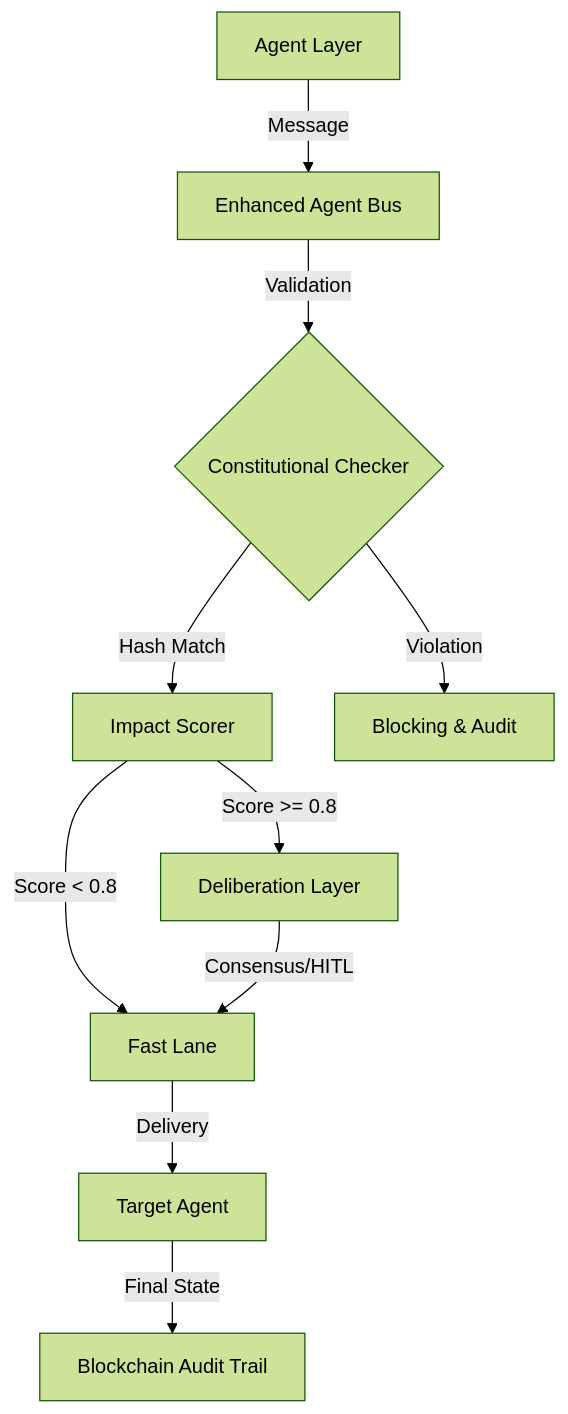
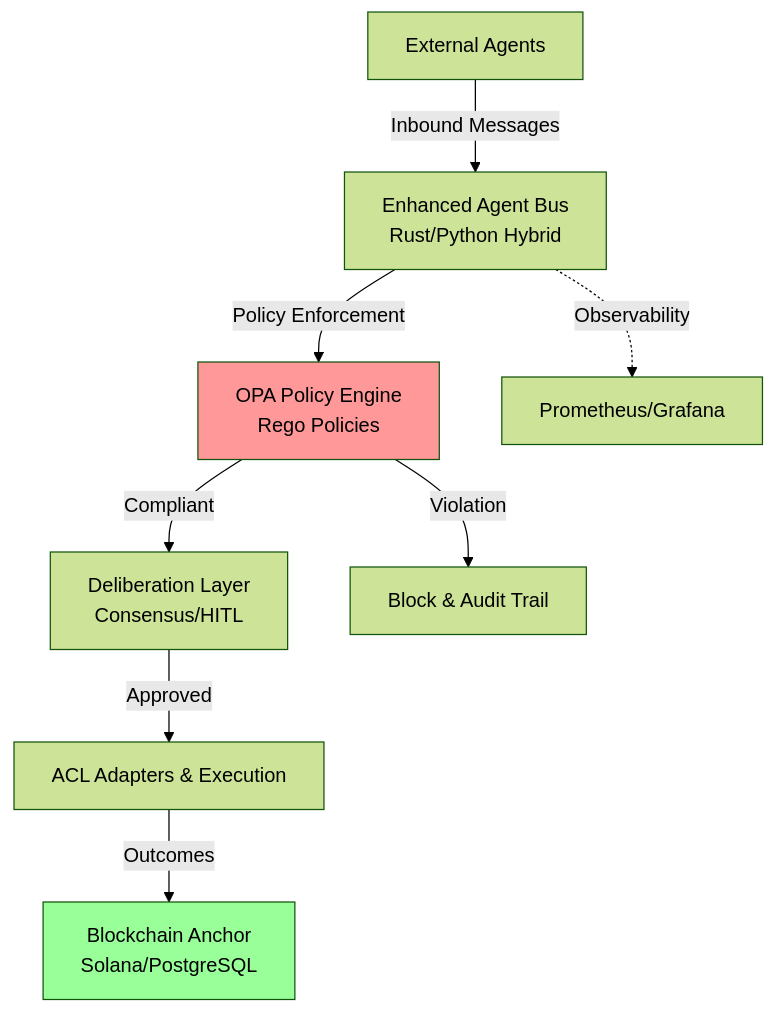
The diagram in acgs2-core/README.en.md (dislovelhl/acgs2), drawn with Mermaid (forest theme) before and after one commit. The commit also changed other lines of this file and 153 other files, not shown here.

````diff
--- a/acgs2-core/README.en.md
+++ b/acgs2-core/README.en.md
@@ -25,15 +29,12 @@
 ```mermaid
 graph TD
-    A[Agent Layer] -->|Message| B[Enhanced Agent Bus]
-    B -->|Validation| C{Constitutional Checker}
-    C -->|Hash Match| D[Impact Scorer]
-    C -->|Violation| E[Blocking & Audit]
-
-    D -->|Score >= 0.8| F[Deliberation Layer]
-    D -->|Score < 0.8| G[Fast Lane]
-
-    F -->|Consensus/HITL| G
-    G -->|Delivery| H[Target Agent]
-
-    H -->|Final State| I[Blockchain Audit Trail]
+    A[External Agents] -->|Inbound Messages| B[Enhanced Agent Bus<br/>Rust/Python Hybrid]
+    B -->|Policy Enforcement| C[OPA Policy Engine<br/>Rego Policies]
+    C -->|Compliant| D[Deliberation Layer<br/>Consensus/HITL]
+    C -->|Violation| E[Block & Audit Trail]
+    D -->|Approved| F[ACL Adapters & Execution]
+    F -->|Outcomes| G[Blockchain Anchor<br/>Solana/PostgreSQL]
+    B -.->|Observability| H[Prometheus/Grafana]
+    style C fill:#ff9999
+    style G fill:#99ff99
 ```
````
